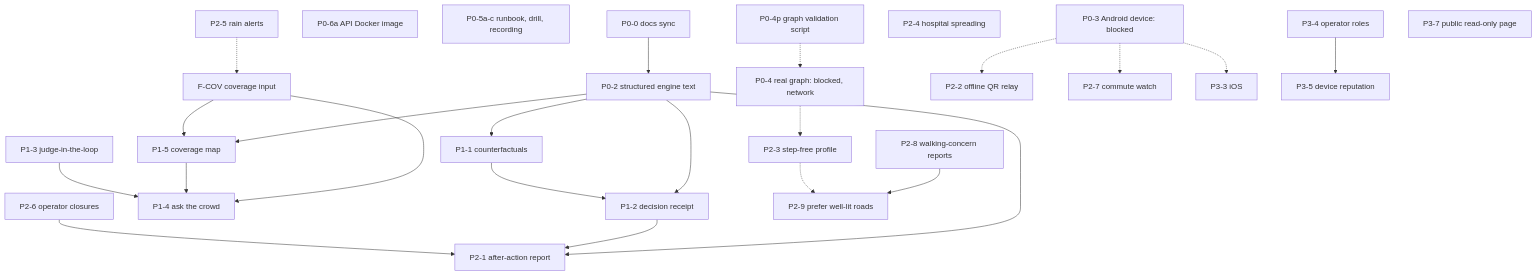
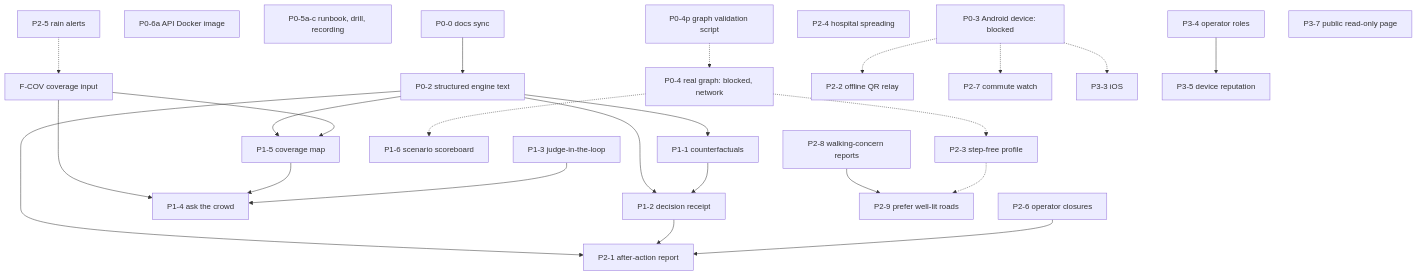
One commit to KanishKumar11/VIGHNAWAY changed the diagram in docs/DEPENDENCY_MAP.md. Above: the diagram before and after it, drawn with Mermaid. The commit also changed 27 other files, not shown here.

````diff
--- a/docs/DEPENDENCY_MAP.md
+++ b/docs/DEPENDENCY_MAP.md
@@ -12,32 +12,33 @@
 ```mermaid
 flowchart TD
   P00[P0-0 docs sync] --> P02
   P02[P0-2 structured engine text] --> P11
   P02 --> P15
   P02 --> P12
   P02 --> P21
   P06a[P0-6a API Docker image]
   P05[P0-5a-c runbook, drill, recording]
   P04p[P0-4p graph validation script] -.-> P04[P0-4 real graph: blocked, network]
   P04 -.-> P23
+  P04 -.-> P16[P1-6 scenario scoreboard]
   P11[P1-1 counterfactuals] --> P12
   P13[P1-3 judge-in-the-loop]
   FCOV[F-COV coverage input] --> P15[P1-5 coverage map]
   FCOV --> P14[P1-4 ask the crowd]
   P15 --> P14
   P13 --> P14
   P12[P1-2 decision receipt] --> P21[P2-1 after-action report]
   P26[P2-6 operator closures] --> P21
   P23[P2-3 step-free profile]
   P28[P2-8 walking-concern reports] --> P29[P2-9 prefer well-lit roads]
   P23 -.-> P29
   P22[P2-2 offline QR relay]
   P25[P2-5 rain alerts] -.-> FCOV
   P24[P2-4 hospital spreading]
   P27[P2-7 commute watch]
   P03[P0-3 Android device: blocked] -.-> P22
   P03 -.-> P27
   P03 -.-> P33[P3-3 iOS]
   P34[P3-4 operator roles] --> P35[P3-5 device reputation]
   P37[P3-7 public read-only page]
 ```
````
